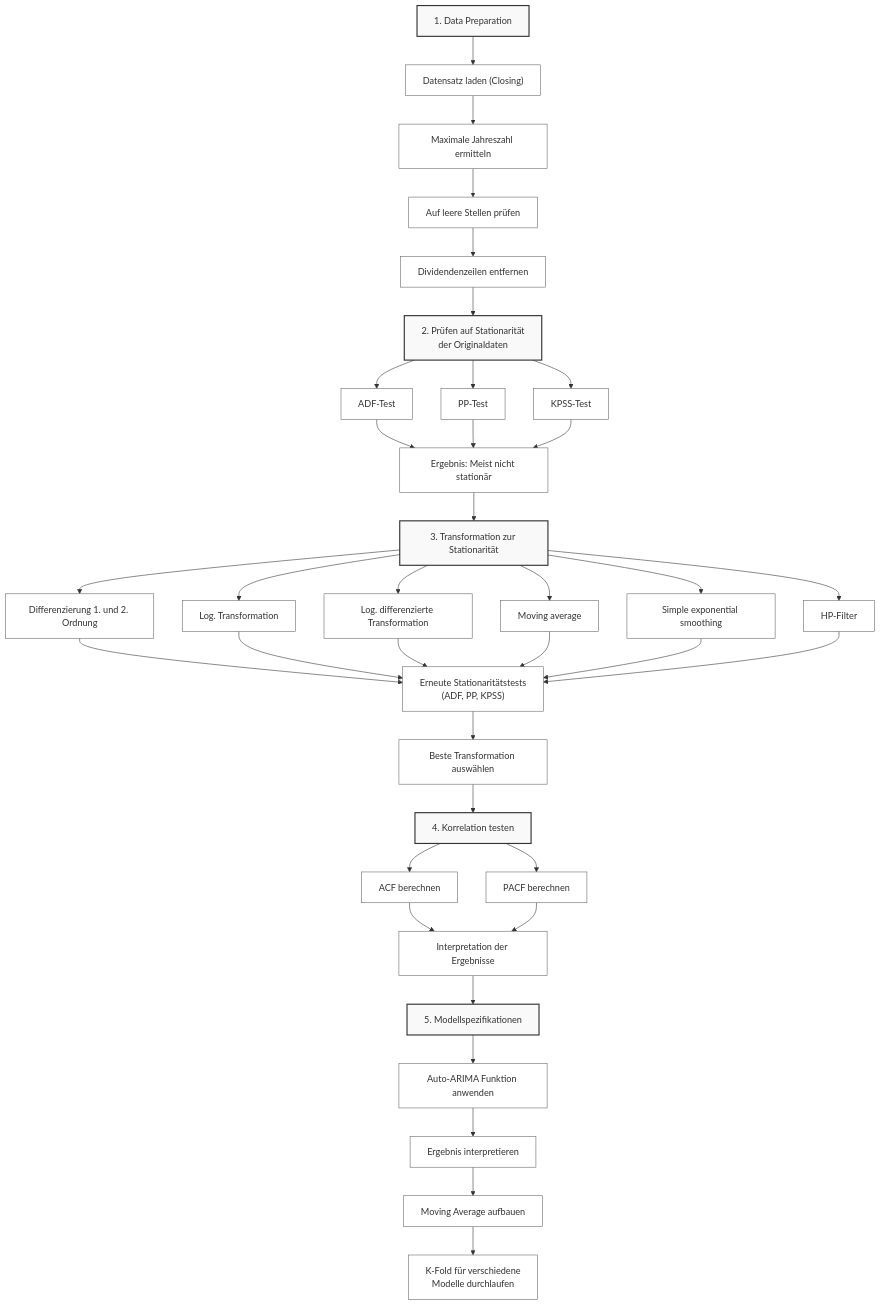
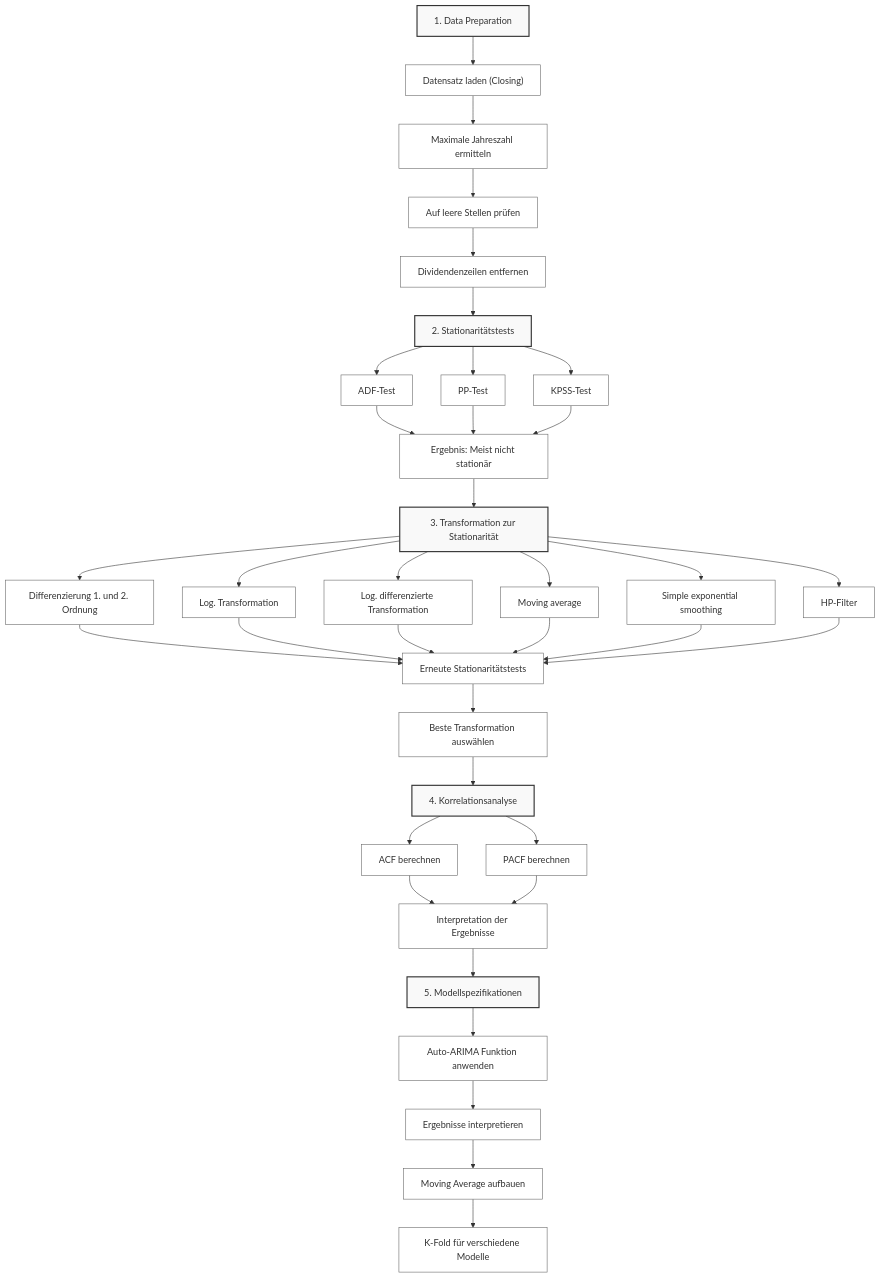
One commit to kaihuf/THWS_Reihenanalysen changed the diagram in README.md. Above: the diagram before and after it, drawn with Mermaid.

Commit message:
fix(README): anpassen der Prozess darstellung da manche Listen nicht angezeigt werden

````diff
--- a/README.md
+++ b/README.md
@@ -40,41 +40,42 @@
 ```mermaid
 flowchart TD
     classDef phase fill:#f9f9f9,stroke:#333,stroke-width:2px
     classDef step fill:white,stroke:#666,stroke-width:1px
     
     P1["1. Data Preparation"] --> P1S1["Datensatz laden (Closing)"]
     P1S1 --> P1S2["Maximale Jahreszahl ermitteln"]
     P1S2 --> P1S3["Auf leere Stellen prüfen"]
     P1S3 --> P1S4["Dividendenzeilen entfernen"]
     
-    P1S4 --> P2["2. Prüfen auf Stationarität\nder Originaldaten"]
+    P1S4 --> P2["2. Stationaritätstests"]
     P2 --> P2S1["ADF-Test"]
     P2 --> P2S2["PP-Test"]
     P2 --> P2S3["KPSS-Test"]
     P2S1 & P2S2 & P2S3 --> P2S4["Ergebnis: Meist nicht stationär"]
     
     P2S4 --> P3["3. Transformation zur Stationarität"]
+    
     P3 --> P3S1["Differenzierung 1. und 2. Ordnung"]
     P3 --> P3S2["Log. Transformation"]
     P3 --> P3S3["Log. differenzierte Transformation"]
     P3 --> P3S4["Moving average"]
     P3 --> P3S5["Simple exponential smoothing"]
     P3 --> P3S6["HP-Filter"]
     
-    P3S1 & P3S2 & P3S3 & P3S4 & P3S5 & P3S6 --> P3S7["Erneute Stationaritätstests\n(ADF, PP, KPSS)"]
+    P3S1 & P3S2 & P3S3 & P3S4 & P3S5 & P3S6 --> P3S7["Erneute Stationaritätstests"]
     P3S7 --> P3S8["Beste Transformation auswählen"]
     
-    P3S8 --> P4["4. Korrelation testen"]
+    P3S8 --> P4["4. Korrelationsanalyse"]
     P4 --> P4S1["ACF berechnen"]
     P4 --> P4S2["PACF berechnen"]
     P4S1 & P4S2 --> P4S3["Interpretation der Ergebnisse"]
     
     P4S3 --> P5["5. Modellspezifikationen"]
     P5 --> P5S1["Auto-ARIMA Funktion anwenden"]
-    P5S1 --> P5S2["Ergebnis interpretieren"]
+    P5S1 --> P5S2["Ergebnisse interpretieren"]
     P5S2 --> P5S3["Moving Average aufbauen"]
-    P5S3 --> P5S4["K-Fold für verschiedene\nModelle durchlaufen"]
+    P5S3 --> P5S4["K-Fold für verschiedene Modelle"]
     
     class P1,P2,P3,P4,P5 phase
     class P1S1,P1S2,P1S3,P1S4,P2S1,P2S2,P2S3,P2S4,P3S1,P3S2,P3S3,P3S4,P3S5,P3S6,P3S7,P3S8,P4S1,P4S2,P4S3,P5S1,P5S2,P5S3,P5S4 step
 ```
````
